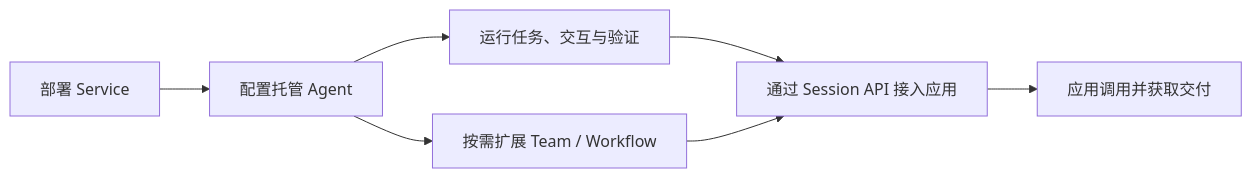
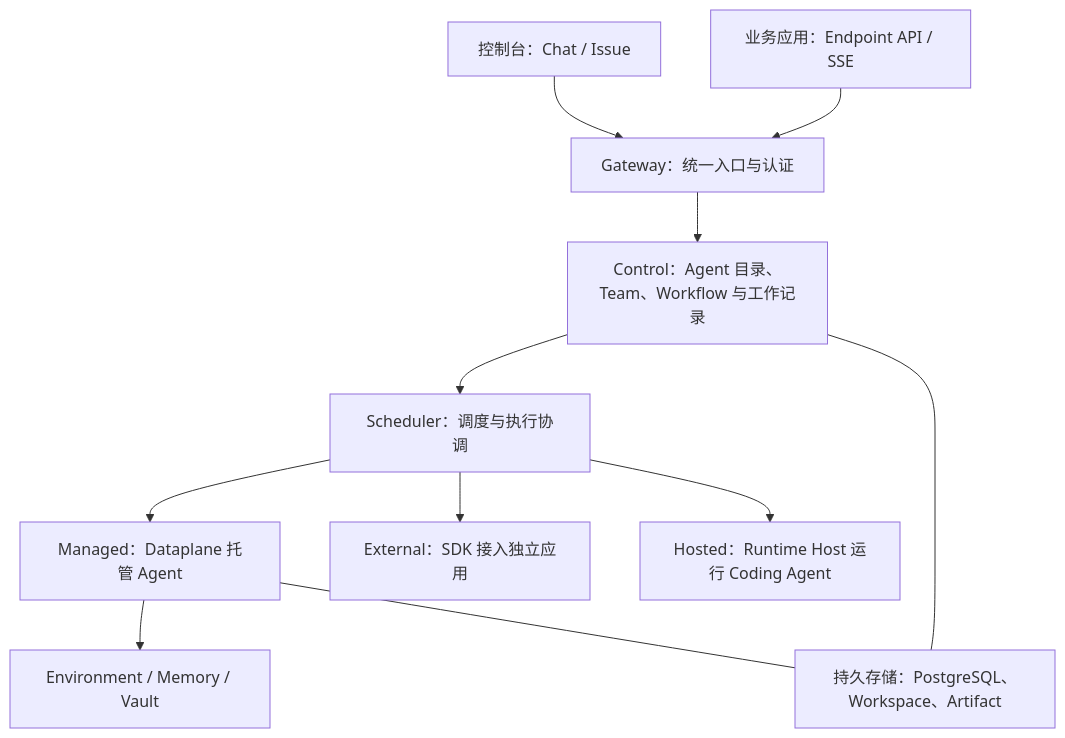
One commit to agentscope-ai/agentscope-java changed the diagram in docs/v2/zh/service/index.md. Above: the diagram before and after it, drawn with Mermaid. The commit also changed other lines of this file and 3421 other files, not shown here.

First line of the commit message:
refactor: remove AgentScope Service and separate stable and dev docs

````diff
--- a/docs/v2/zh/service/index.md
+++ b/docs/v2/zh/service/index.md
@@ -47,9 +19,13 @@
 ```mermaid
-flowchart LR
-    D["部署 Service"] --> A["配置托管 Agent"]
-    A --> S["运行任务、交互与验证"]
-    S --> E["通过 Session API 接入应用"]
-    E --> B["应用调用并获取交付"]
-    A --> C["按需扩展 Team / Workflow"]
-    C --> E
+flowchart TB
+  U["控制台：Chat / Issue"] --> G["Gateway：统一入口与认证"]
+  A["业务应用：Endpoint API / SSE"] --> G
+  G --> C["Control：Agent 目录、Team、Workflow 与工作记录"]
+  C --> S["Scheduler：调度与执行协调"]
+  S --> M["Managed：Dataplane 托管 Agent"]
+  S --> E["External：SDK 接入独立应用"]
+  S --> H["Hosted：Runtime Host 运行 Coding Agent"]
+  M --> R["Environment / Memory / Vault"]
+  C --- P["持久存储：PostgreSQL、Workspace、Artifact"]
+  M --- P
 ```
````
